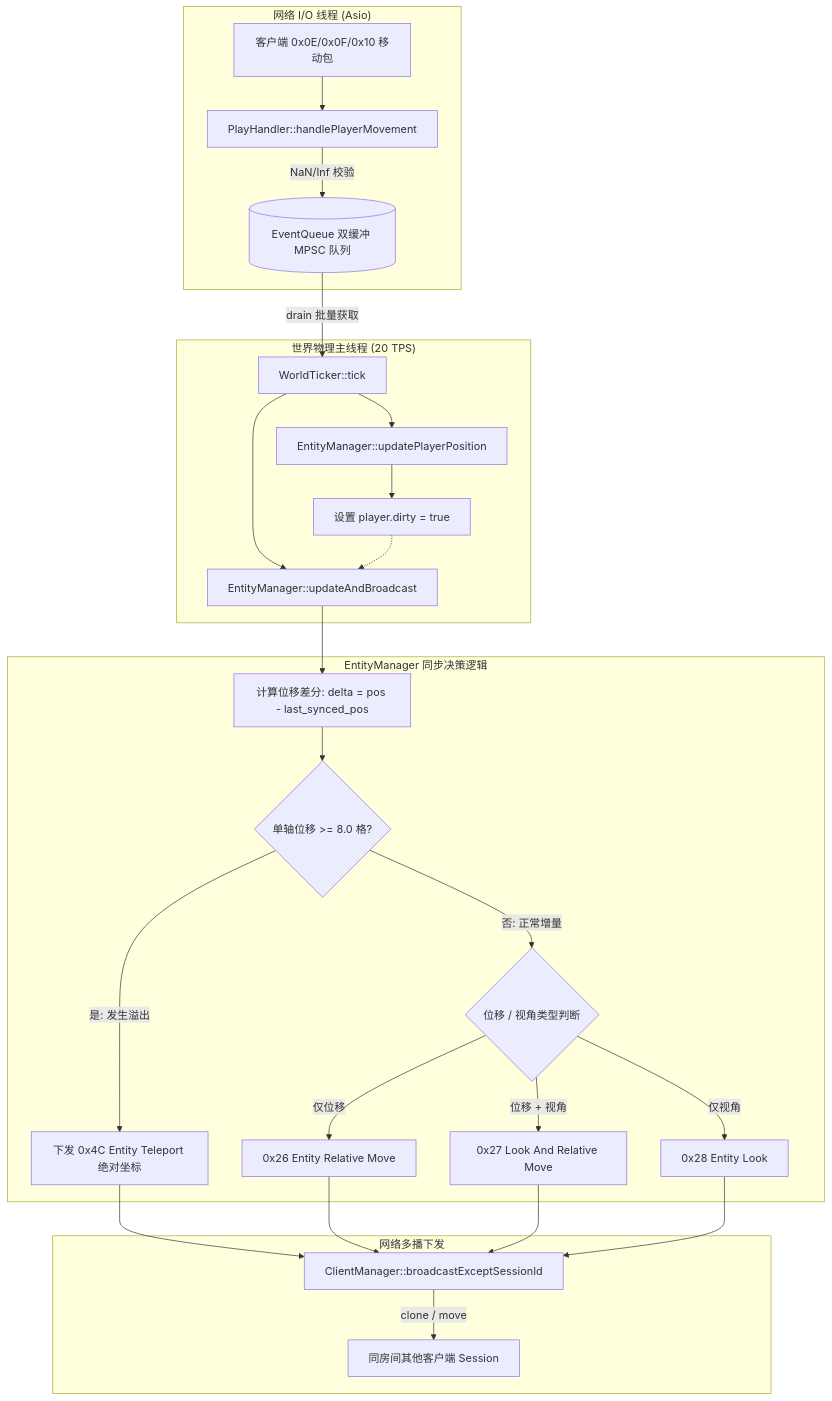
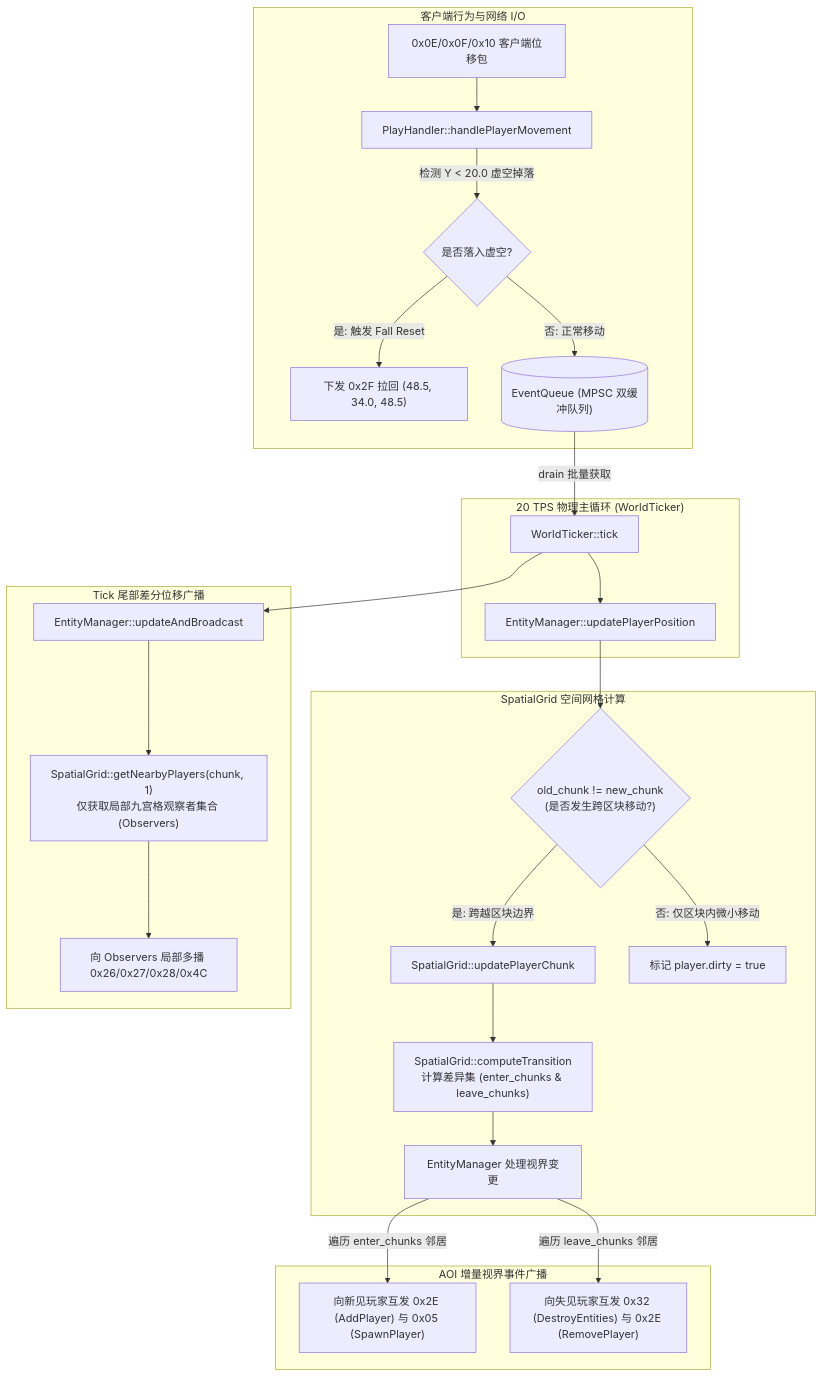
Before and after one commit to syuany/mcpe: the first of 3 diagrams in doc/guides/aoi_algorithm_analysis.md, drawn with Mermaid. The commit also changed other lines of this file, not shown here.

First line of the commit message:
docs(guides): add aoi algorithms comparative analysis and technical decision matrix

````diff
--- a/doc/guides/aoi_algorithm_analysis.md
+++ b/doc/guides/aoi_algorithm_analysis.md
@@ -36,33 +42,33 @@
 ```mermaid
 flowchart TD
-    subgraph Network_IO["网络 I/O 线程 (Asio)"]
-        Packet[客户端 0x0E/0x0F/0x10 移动包] --> PlayHandler[PlayHandler::handlePlayerMovement]
-        PlayHandler -->|NaN/Inf 校验| EvQueue[(EventQueue 双缓冲 MPSC 队列)]
+    subgraph Client_Traffic["客户端行为与网络 I/O"]
+        MovePkt["0x0E/0x0F/0x10 客户端位移包"] --> PlayHandler["PlayHandler::handlePlayerMovement"]
+        PlayHandler -->|检测 Y < 20.0 虚空掉落| FallReset{"是否落入虚空?"}
+        FallReset -- 是: 触发 Fall Reset --> ResetPkt["下发 0x2F 拉回 (48.5, 34.0, 48.5)"]
+        FallReset -- 否: 正常移动 --> EvQueue[("EventQueue (MPSC 双缓冲队列)")]
     end
 
-    subgraph World_Ticker["世界物理主线程 (20 TPS)"]
-        EvQueue -->|drain 批量获取| Tick[WorldTicker::tick]
-        Tick --> UpdatePos[EntityManager::updatePlayerPosition]
-        UpdatePos --> MarkDirty[设置 player.dirty = true]
-        Tick --> BroadcastStep[EntityManager::updateAndBroadcast]
+    subgraph World_Loop["20 TPS 物理主循环 (WorldTicker)"]
+        EvQueue -->|drain 批量获取| Tick["WorldTicker::tick"]
+        Tick --> UpdateEntity["EntityManager::updatePlayerPosition"]
     end
 
-    subgraph AOI_Logic["EntityManager 同步决策逻辑"]
-        MarkDirty -.-> BroadcastStep
-        BroadcastStep --> Diff[计算位移差分: delta = pos - last_synced_pos]
-        Diff --> CheckOverflow{单轴位移 >= 8.0 格?}
-        CheckOverflow -- 是: 发生溢出 --> Teleport[下发 0x4C Entity Teleport 绝对坐标]
-        CheckOverflow -- 否: 正常增量 --> CheckType{位移 / 视角类型判断}
-        CheckType -->|仅位移| RelMove[0x26 Entity Relative Move]
-        CheckType -->|位移 + 视角| LookMove[0x27 Look And Relative Move]
-        CheckType -->|仅视角| Look[0x28 Entity Look]
+    subgraph Spatial_Core["SpatialGrid 空间网格计算"]
+        UpdateEntity --> CheckChunk{"old_chunk != new_chunk\n(是否发生跨区块移动?)"}
+        CheckChunk -- 是: 跨越区块边界 --> GridUpdate["SpatialGrid::updatePlayerChunk"]
+        GridUpdate --> CalcTrans["SpatialGrid::computeTransition\n计算差异集 (enter_chunks & leave_chunks)"]
+        CalcTrans --> DispatchAOI["EntityManager 处理视界变更"]
+        CheckChunk -- 否: 仅区块内微小移动 --> DirectDirty["标记 player.dirty = true"]
     end
 
-    subgraph Multicast["网络多播下发"]
-        Teleport --> CM[ClientManager::broadcastExceptSessionId]
-        RelMove --> CM
-        LookMove --> CM
-        Look --> CM
-        CM -->|clone / move| Clients[同房间其他客户端 Session]
+    subgraph AOI_Dispatch["AOI 增量视界事件广播"]
+        DispatchAOI -->|遍历 enter_chunks 邻居| SpawnSeq["向新见玩家互发 0x2E (AddPlayer) 与 0x05 (SpawnPlayer)"]
+        DispatchAOI -->|遍历 leave_chunks 邻居| DestroySeq["向失见玩家互发 0x32 (DestroyEntities) 与 0x2E (RemovePlayer)"]
+    end
+
+    subgraph Ticker_Broadcast["Tick 尾部差分位移广播"]
+        Tick --> PostBroadcast["EntityManager::updateAndBroadcast"]
+        PostBroadcast --> QueryObs["SpatialGrid::getNearbyPlayers(chunk, 1)\n仅获取局部九宫格观察者集合 (Observers)"]
+        QueryObs --> BroadcastRel["向 Observers 局部多播 0x26/0x27/0x28/0x4C"]
     end
 ```
````
